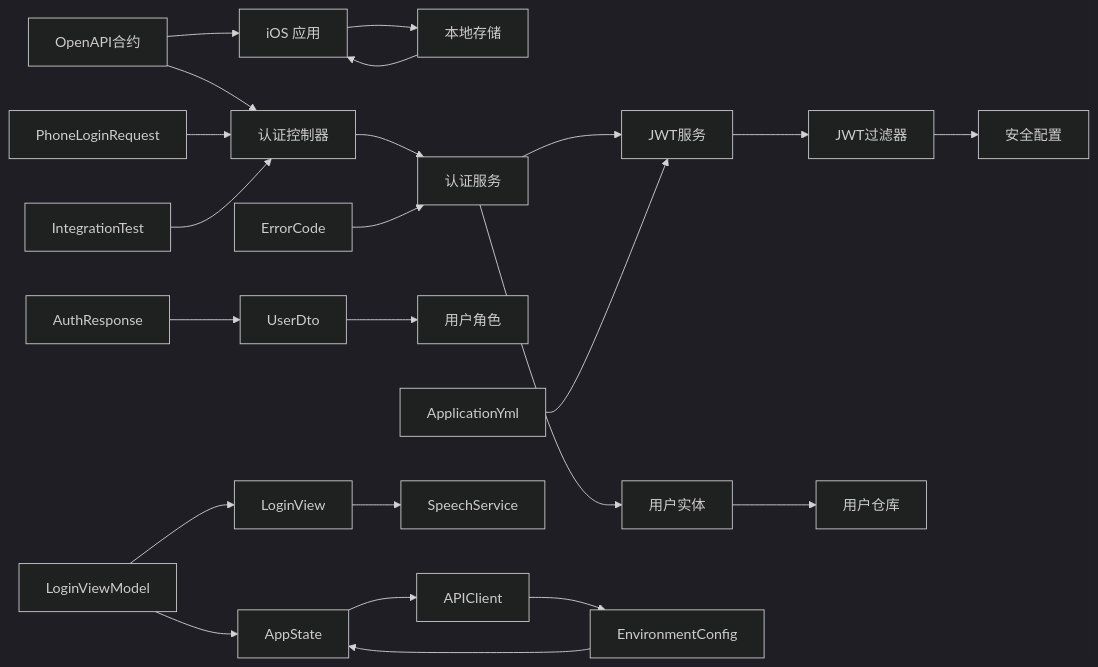
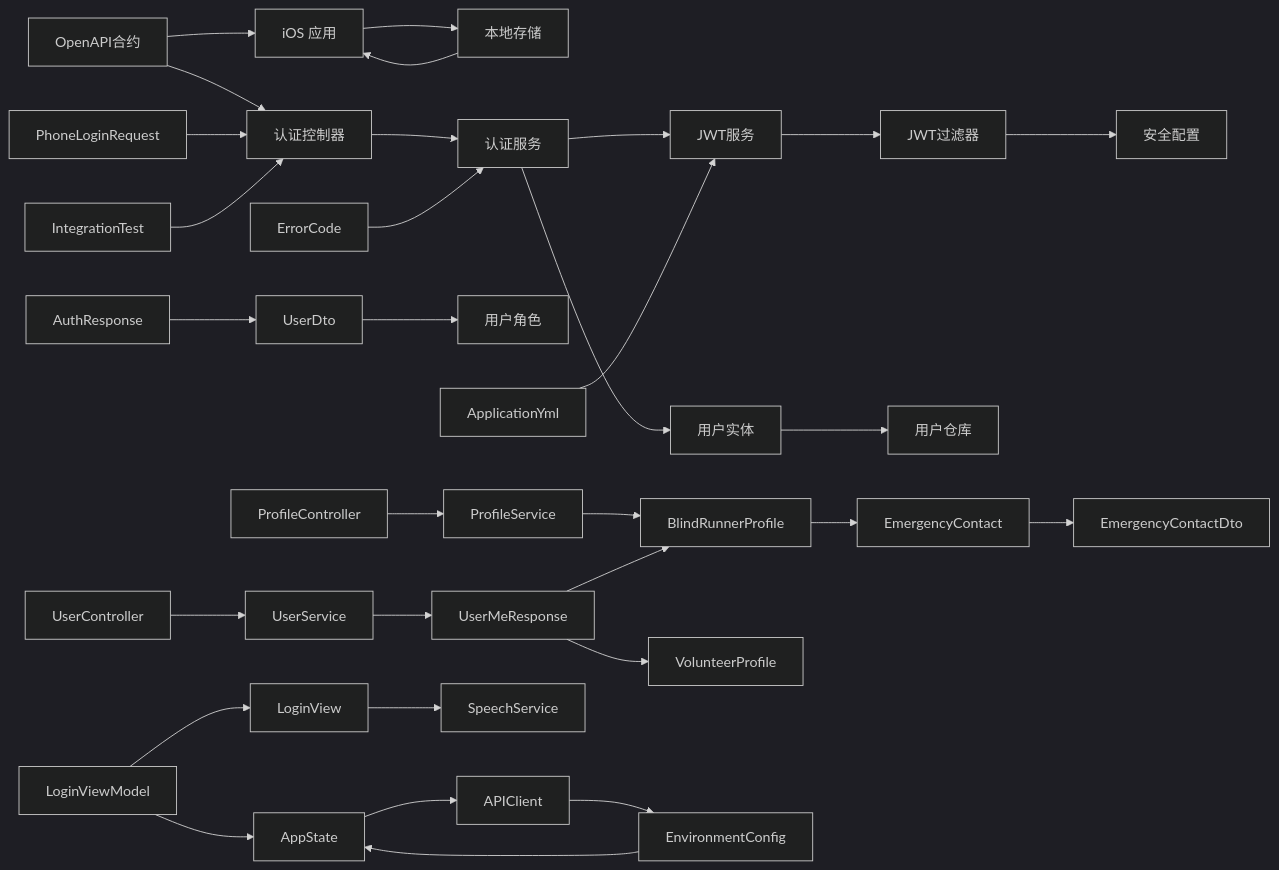
One commit to Jayden23018/blind-run-ios changed diagram 16 of 16 in .qoder/repowiki/zh/content/核心功能模块/认证系统.md. Above: the diagram before and after it, drawn with Mermaid (dark theme). The commit also changed other lines of this file and 22 other files, not shown here.

````diff
--- a/.qoder/repowiki/zh/content/核心功能模块/认证系统.md
+++ b/.qoder/repowiki/zh/content/核心功能模块/认证系统.md
@@ -947,25 +1206,33 @@
 ```mermaid
 graph LR
 OpenAPI["OpenAPI合约"] --> IOS["iOS 应用"]
 IOS --> Store["本地存储"]
 Store --> IOS
 OpenAPI --> AuthController["认证控制器"]
 AuthController --> AuthService["认证服务"]
 AuthService --> JwtService["JWT服务"]
 JwtService --> JwtFilter["JWT过滤器"]
 JwtFilter --> SecurityConfig["安全配置"]
 AuthService --> AppUser["用户实体"]
 AppUser --> AppUserRepository["用户仓库"]
 UserDto --> UserRole["用户角色"]
 PhoneLoginRequest --> AuthController
 AuthResponse --> UserDto
+UserController --> UserService
+UserService --> UserMeResponse
+ProfileController --> ProfileService
+ProfileService --> BlindRunnerProfile
+BlindRunnerProfile --> EmergencyContact
+EmergencyContact --> EmergencyContactDto
+UserMeResponse --> BlindRunnerProfile
+UserMeResponse --> VolunteerProfile
 ErrorCode --> AuthService
 IntegrationTest --> AuthController
 ApplicationYml --> JwtService
 LoginViewModel --> LoginView
 LoginView --> SpeechService
 LoginViewModel --> AppState
 AppState --> APIClient
 APIClient --> EnvironmentConfig
 EnvironmentConfig --> AppState
 ```
````
